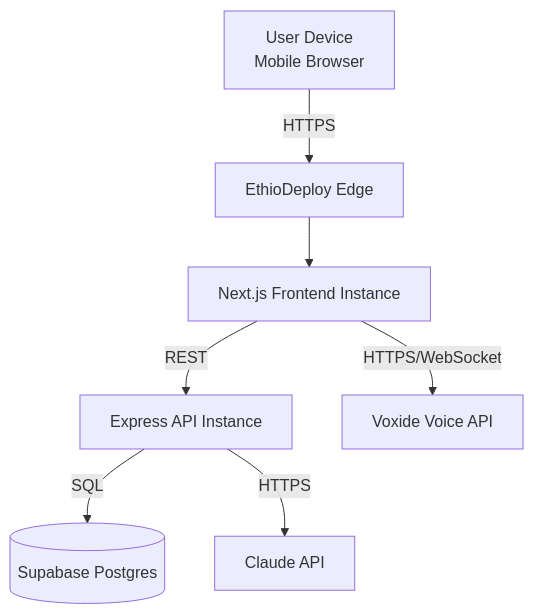
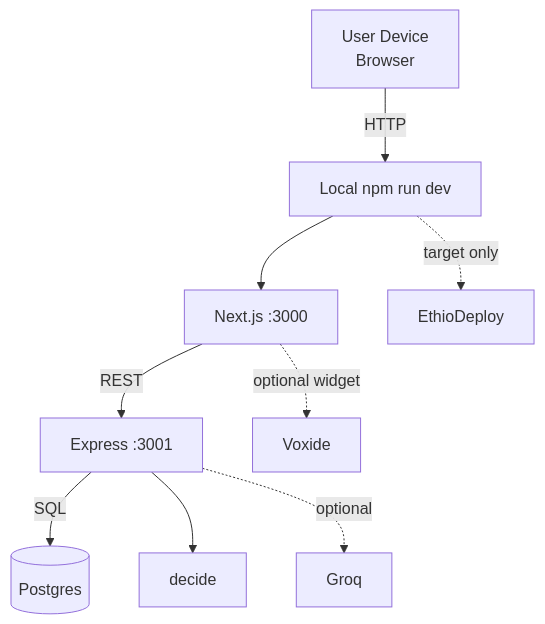
Before and after one commit to mumekonin/hulum: the ninth of 10 diagrams in HULUM_Documentation.md, drawn with Mermaid. The commit also changed other lines of this file and 9 other files, not shown here.

First line of the commit message:
fix(docs): SRS §3-5 as-built decide/Groq diagrams

````diff
--- a/HULUM_Documentation.md
+++ b/HULUM_Documentation.md
@@ -751,9 +768,11 @@
 ```mermaid
 flowchart TB
-    User[User Device\nMobile Browser] -->|HTTPS| ED[EthioDeploy Edge]
-    ED --> FE[Next.js Frontend Instance]
-    FE -->|REST| BE[Express API Instance]
-    BE -->|SQL| Supabase[(Supabase Postgres)]
-    BE -->|HTTPS| Claude[Claude API]
-    FE -->|HTTPS/WebSocket| Voxide[Voxide Voice API]
+    User[User Device\nBrowser] -->|HTTP| Local[Local npm run dev]
+    Local --> FE[Next.js :3000]
+    FE -->|REST| BE[Express :3001]
+    BE -->|SQL| DB[(Postgres)]
+    BE --> Engine[decide]
+    BE -.->|optional| Groq[Groq]
+    FE -.->|optional widget| Voxide[Voxide]
+    Local -.->|target only| ED[EthioDeploy]
 ```
````
